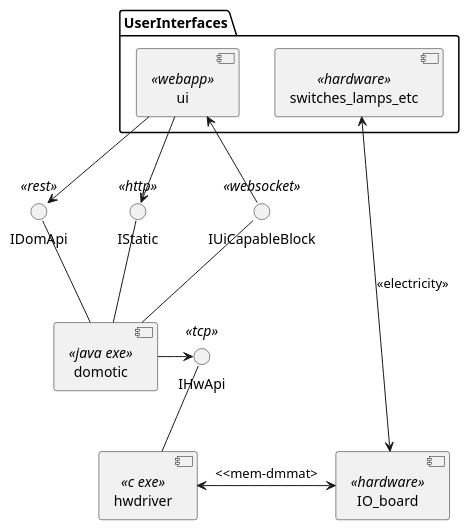
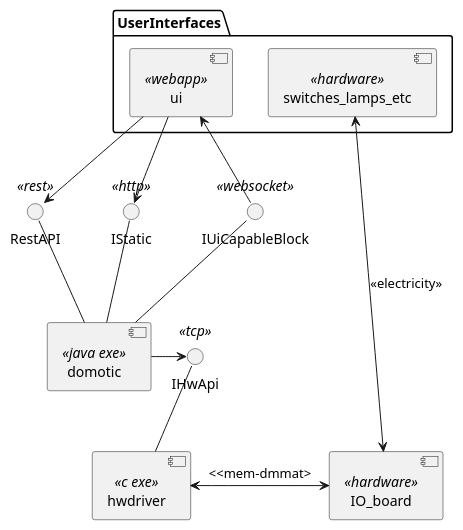
Before and after one commit to dvaneynde/home-automation: the first of 5 diagrams in DESIGN.md, drawn with PlantUML. The commit also changed other lines of this file, not shown here.

````diff
--- a/DESIGN.md
+++ b/DESIGN.md
@@ -66,30 +88,30 @@
 ```plantuml
 @startuml "Functional View"
 
 package UserInterfaces {
     component ui <<webapp>>
     component switches_lamps_etc <<hardware>>
 }
 
 component domotic <<java exe>> 
-interface IDomApi <<rest>>
+interface RestAPI <<rest>>
 interface IStatic <<http>>
 interface IUiCapableBlock <<websocket>>
-IDomApi -- domotic
+RestAPI -- domotic
 IStatic -- domotic
 IUiCapableBlock -- domotic
 ui --> IStatic
-ui --> IDomApi 
+ui --> RestAPI 
 ui <-- IUiCapableBlock 
 
 component hwdriver <<c exe>>
 interface IHwApi <<tcp>>
 domotic -> IHwApi
 IHwApi -- hwdriver
 
 component IO_board <<hardware>>
 hwdriver <-> IO_board : <<mem-dmmat>
 
 switches_lamps_etc <--> IO_board : <<electricity>>
 @enduml
 ```
````
